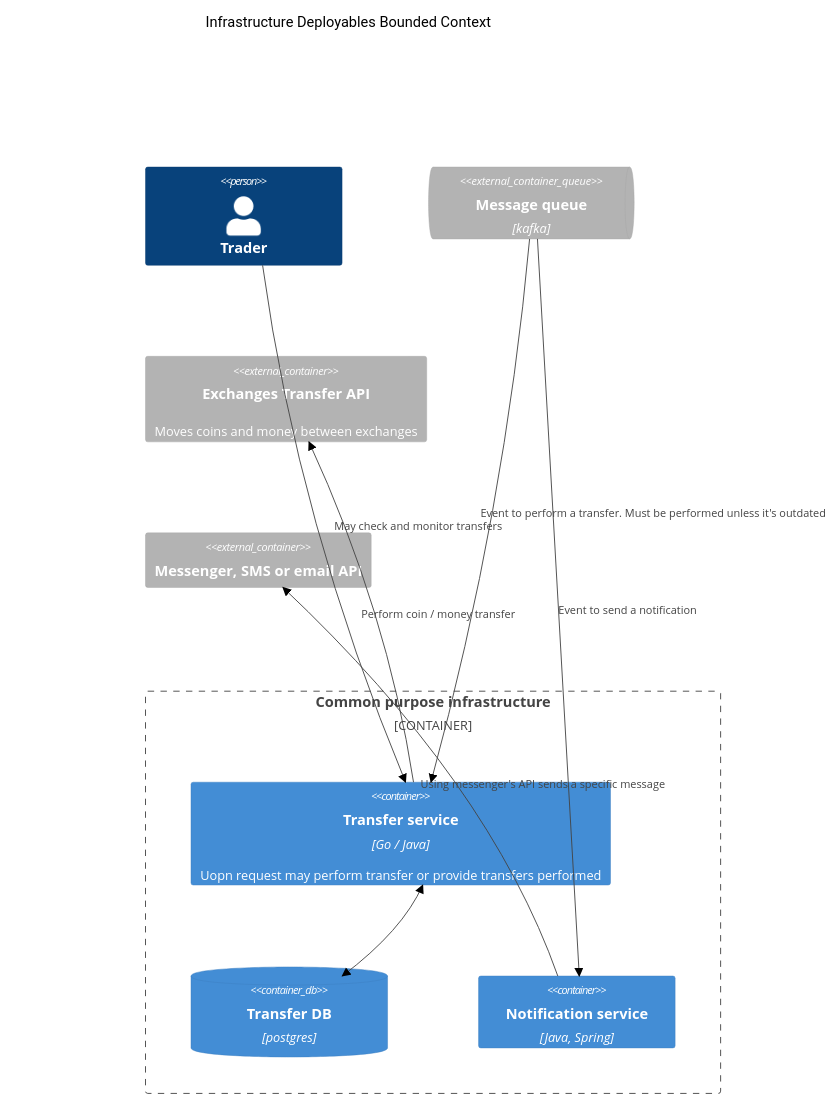
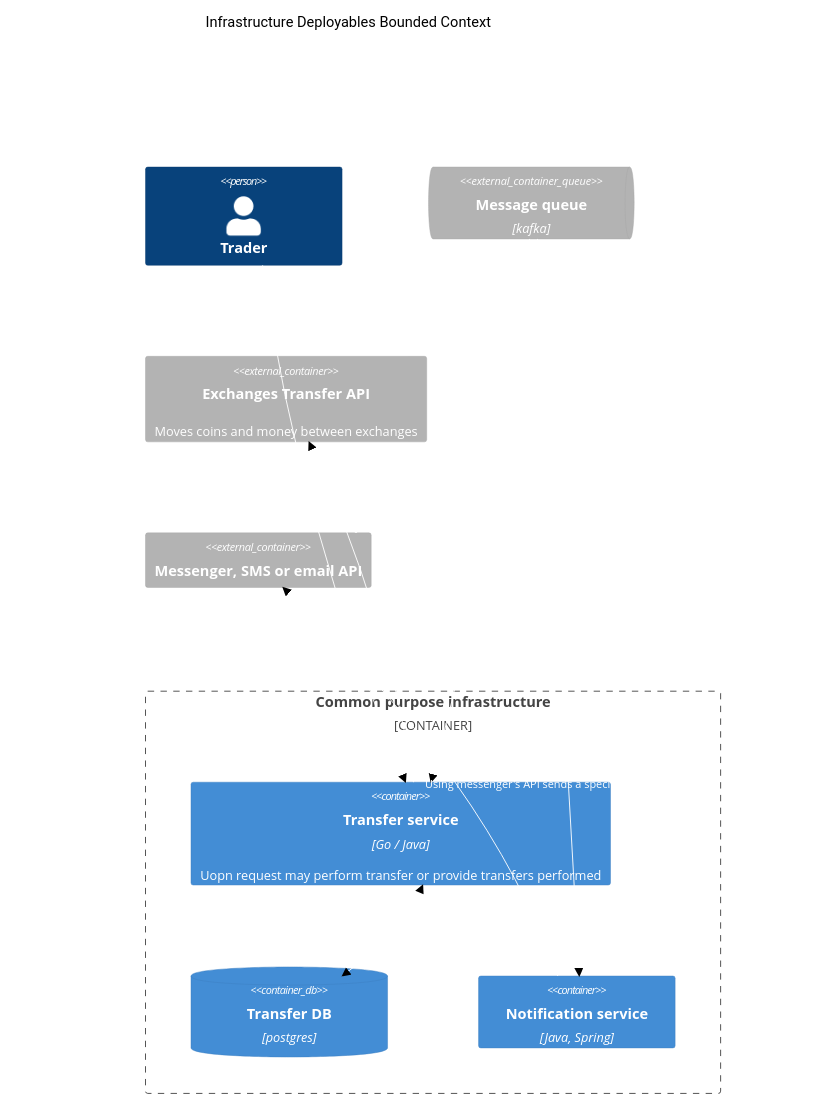
Before and after one commit to marketing-tema/trading-automatization: the diagram in docs/infrastructure_deployables_c4.md, drawn with Mermaid (neutral theme). The commit also changed 1 other file, not shown here.

Commit message:
color white

````diff
--- a/docs/infrastructure_deployables_c4.md
+++ b/docs/infrastructure_deployables_c4.md
@@ -1,24 +1,31 @@
 ```mermaid
     C4Context
     title Infrastructure Deployables Bounded Context
     
     Person(trader, "Trader")
     ContainerQueue_Ext(mq, "Message queue", "kafka")
     Container_Ext(exchanges, "Exchanges Transfer API", "", "Moves coins and money between exchanges")
     Container_Ext(messenger, "Messenger, SMS or email API")
 
 
     Container_Boundary(с1, "Common purpose infrastructure") {
         Container(transfer, "Transfer service", "Go / Java", "Uopn request may perform transfer or provide transfers performed")
         ContainerDb(transferDb, "Transfer DB", "postgres")
         Container(notification, "Notification service", "Java, Spring")
     }
 
     Rel(mq, notification, "Event to send a notification")
     Rel(mq, transfer, "Event to perform a transfer. Must be performed unless it's outdated")
     Rel(trader, transfer, "May check and monitor transfers")
     BiRel(transfer, transferDb, "")
     Rel(transfer, exchanges, "Perform coin / money transfer")
     Rel(notification, messenger, "Using messenger's API sends a specific message")
+
+    UpdateRelStyle(mq, notification, $textColor="white", $lineColor="white", $offsetX="5")
+    UpdateRelStyle(mq, transfer, $textColor="white", $lineColor="white", $offsetX="5")
+    UpdateRelStyle(trader, transfer, $textColor="white", $lineColor="white", $offsetX="5")
+    UpdateRelStyle(transfer, transferDb, $textColor="white", $lineColor="white", $offsetX="5")
+    UpdateRelStyle(transfer, exchanges, $textColor="white", $lineColor="white", $offsetX="5")
+    UpdateRelStyle(notification, messenger, $textColor="white", $lineColor="white", $offsetX="5")
     
 ```
````
